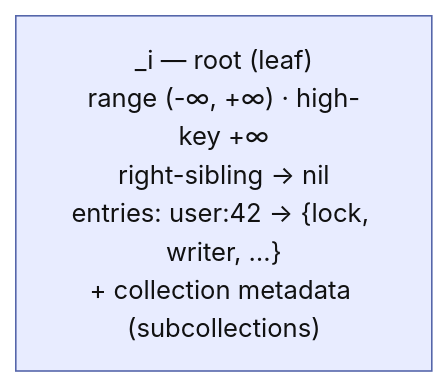
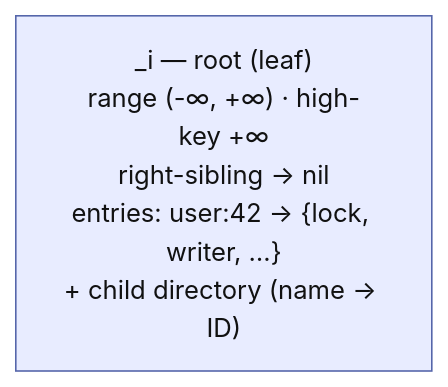
One commit to mbrt/glassdb-rs changed the first of 5 diagrams in docs/designs/dynamic-range-sharding.md. Above: the diagram before and after it, drawn with Mermaid. The commit also changed other lines of this file and 6 other files, not shown here.

````diff
--- a/docs/designs/dynamic-range-sharding.md
+++ b/docs/designs/dynamic-range-sharding.md
@@ -120,7 +136,7 @@
 ```mermaid
 graph TD
-    Root["_i — root (leaf)<br/>range (-∞, +∞) · high-key +∞<br/>right-sibling → nil<br/>entries: user:42 → {lock, writer, …}<br/>+ collection metadata (subcollections)"]
+    Root["_i — root (leaf)<br/>range (-∞, +∞) · high-key +∞<br/>right-sibling → nil<br/>entries: user:42 → {lock, writer, …}<br/>+ child directory (name → ID)"]
 
     classDef root fill:#e8ecff,stroke:#5566aa,color:#111
     class Root root
 ```
````
